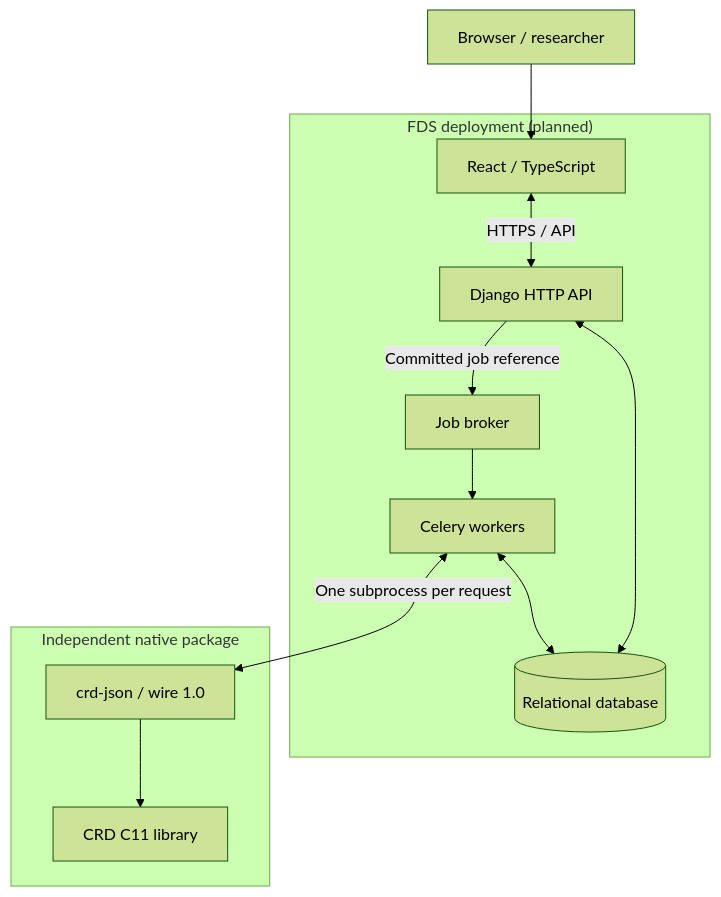
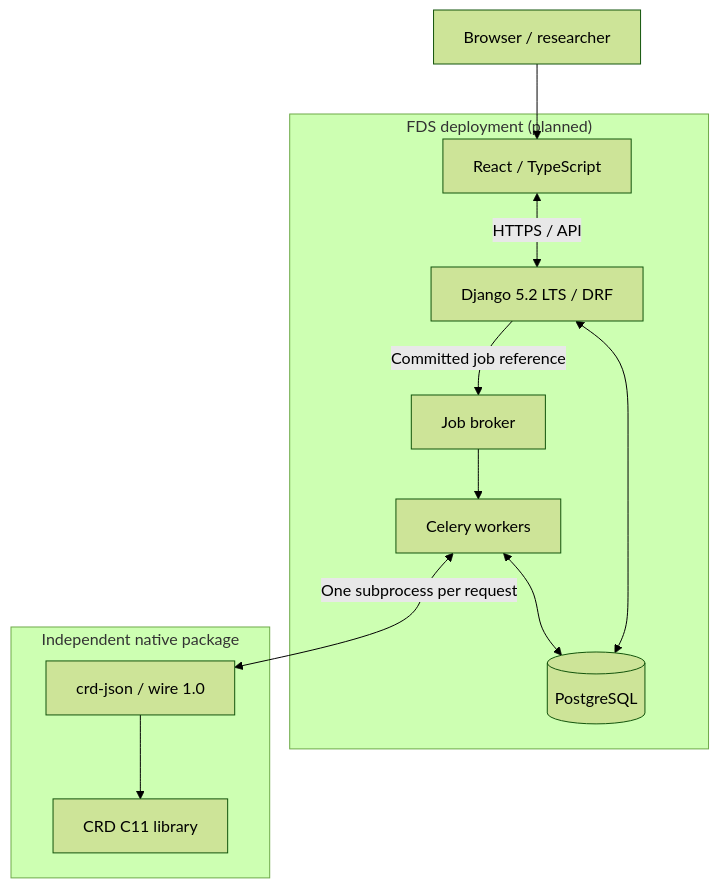
The diagram in docs/architecture/system.md (AlessVolpe/FantacalcioDummySystem), drawn with Mermaid (forest theme) before and after one commit. The commit also changed other lines of this file and 11 other files, not shown here.

First line of the commit message:
docs(architecture): finalize backend technology and identity decisions (#8)

````diff
--- a/docs/architecture/system.md
+++ b/docs/architecture/system.md
@@ -12,23 +12,23 @@
 ```mermaid
 flowchart TB
     USER["Browser / researcher"]
     subgraph FDS["FDS deployment (planned)"]
         UI["React / TypeScript"]
-        API["Django HTTP API"]
-        DB[("Relational database")]
+        API["Django 5.2 LTS / DRF"]
+        DB[("PostgreSQL")]
         Q["Job broker"]
         W["Celery workers"]
         UI <-->|HTTPS / API| API
         API <--> DB
         API -->|"Committed job reference"| Q
         Q --> W
         W <--> DB
     end
     subgraph NATIVE["Independent native package"]
         CLI["crd-json / wire 1.0"]
         CRD["CRD C11 library"]
         CLI --> CRD
     end
     USER --> UI
     W <-->|"One subprocess per request"| CLI
 ```
````
